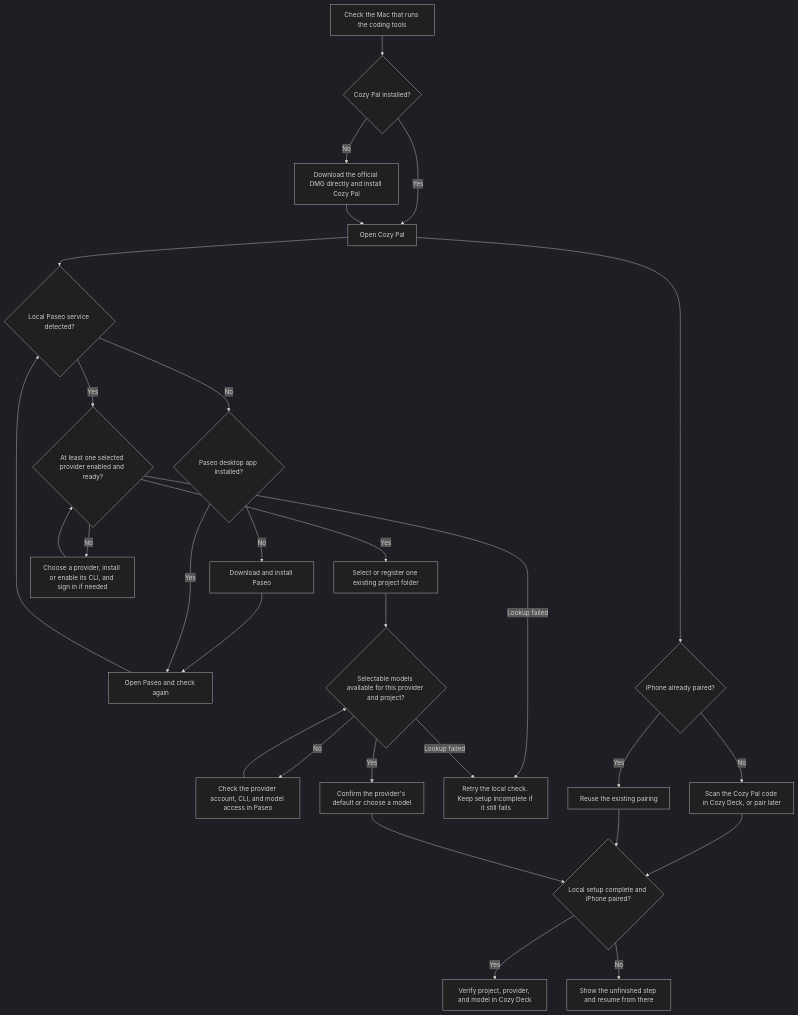
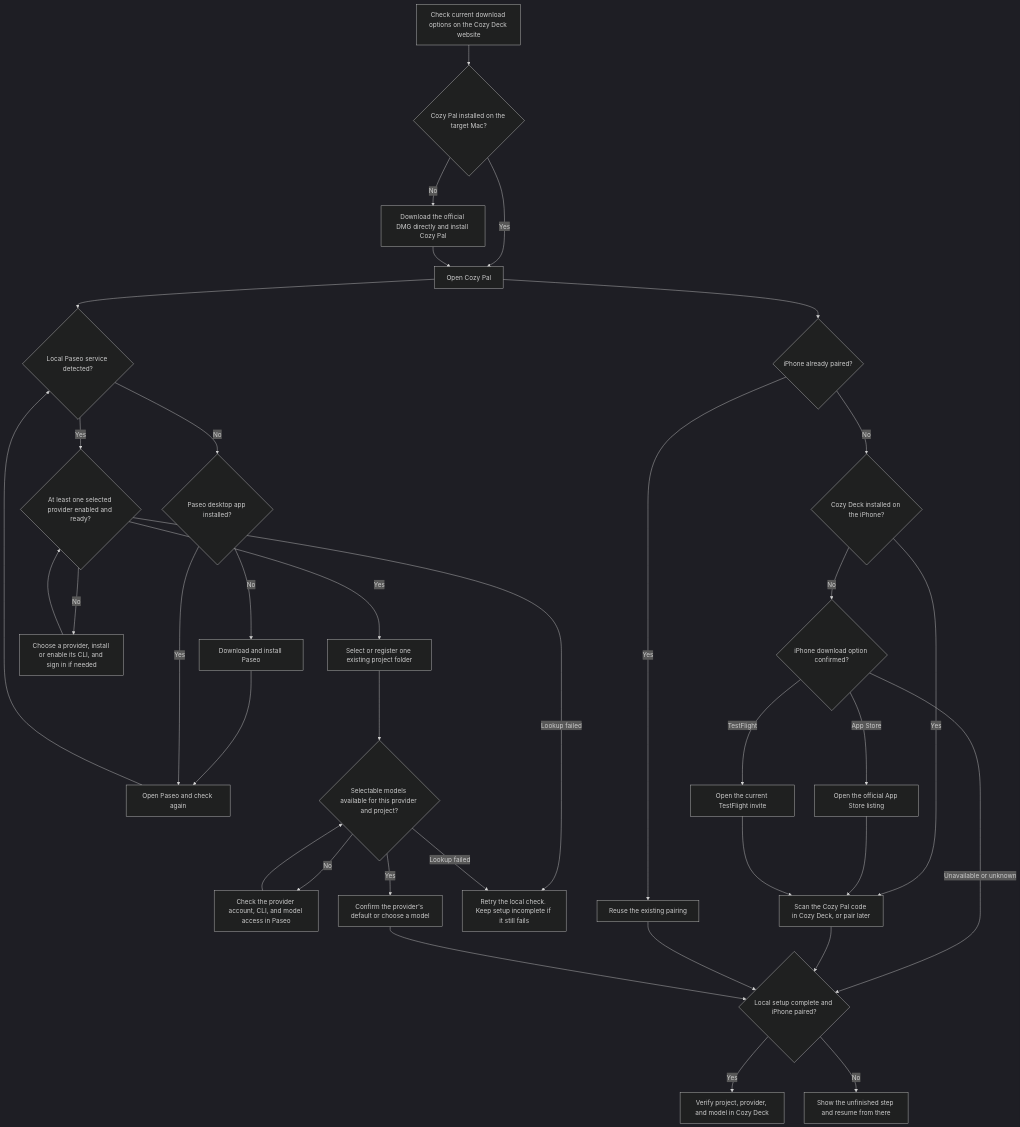
Before and after one commit to NjrSea/cozy-pal-onboarding: the diagram in SKILL.md, drawn with Mermaid (dark theme). The commit also changed other lines of this file, not shown here.

Commit message:
Check current Cozy Deck and Cozy Pal download options

````diff
--- a/SKILL.md
+++ b/SKILL.md
@@ -14,33 +14,40 @@
 ```mermaid
 flowchart TD
-    Start["Check the Mac that runs the coding tools"] --> Pal{"Cozy Pal installed?"}
+    Start["Check current download options on the Cozy Deck website"] --> Pal{"Cozy Pal installed on the target Mac?"}
     Pal -->|No| DMG["Download the official DMG directly and install Cozy Pal"]
     Pal -->|Yes| Open["Open Cozy Pal"]
     DMG --> Open
 
     Open --> Service{"Local Paseo service detected?"}
     Service -->|No| Paseo{"Paseo desktop app installed?"}
     Paseo -->|No| Install["Download and install Paseo"]
     Install --> OpenPaseo["Open Paseo and check again"]
     Paseo -->|Yes| OpenPaseo
     OpenPaseo --> Service
     Service -->|Yes| Provider{"At least one selected provider enabled and ready?"}
     Provider -->|No| Configure["Choose a provider, install or enable its CLI, and sign in if needed"]
     Configure --> Provider
     Provider -->|Yes| Project["Select or register one existing project folder"]
     Project --> Models{"Selectable models available for this provider and project?"}
     Models -->|No| Fix["Check the provider account, CLI, and model access in Paseo"]
     Fix --> Models
     Models -->|Yes| Select["Confirm the provider's default or choose a model"]
     Provider -->|Lookup failed| Retry["Retry the local check. Keep setup incomplete if it still fails"]
     Models -->|Lookup failed| Retry
 
     Open --> Phone{"iPhone already paired?"}
-    Phone -->|No| Scan["Scan the Cozy Pal code in Cozy Deck, or pair later"]
+    Phone -->|No| Deck{"Cozy Deck installed on the iPhone?"}
+    Deck -->|Yes| Scan["Scan the Cozy Pal code in Cozy Deck, or pair later"]
+    Deck -->|No| Channel{"iPhone download option confirmed?"}
+    Channel -->|App Store| Store["Open the official App Store listing"]
+    Channel -->|TestFlight| Invite["Open the current TestFlight invite"]
+    Channel -->|Unavailable or unknown| Check
+    Store --> Scan
+    Invite --> Scan
     Phone -->|Yes| Paired["Reuse the existing pairing"]
     Scan --> Check
     Paired --> Check
     Select --> Check{"Local setup complete and iPhone paired?"}
     Check -->|Yes| Verify["Verify project, provider, and model in Cozy Deck"]
     Check -->|No| Pending["Show the unfinished step and resume from there"]
 ```
````
